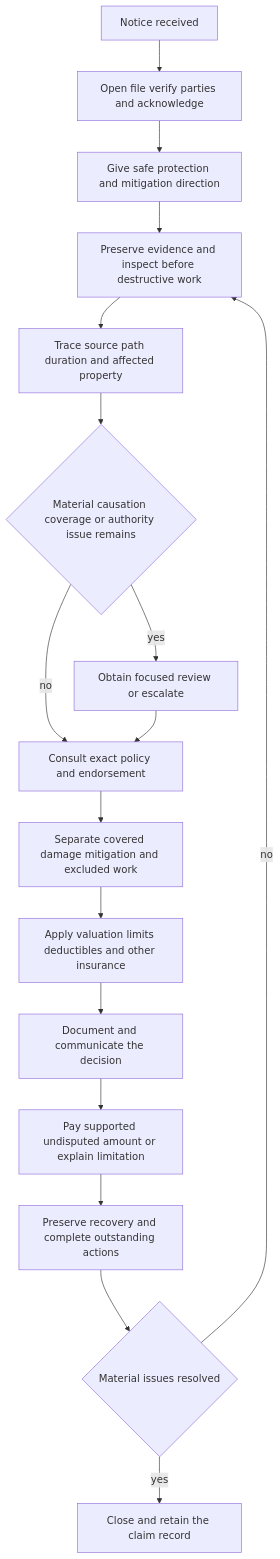
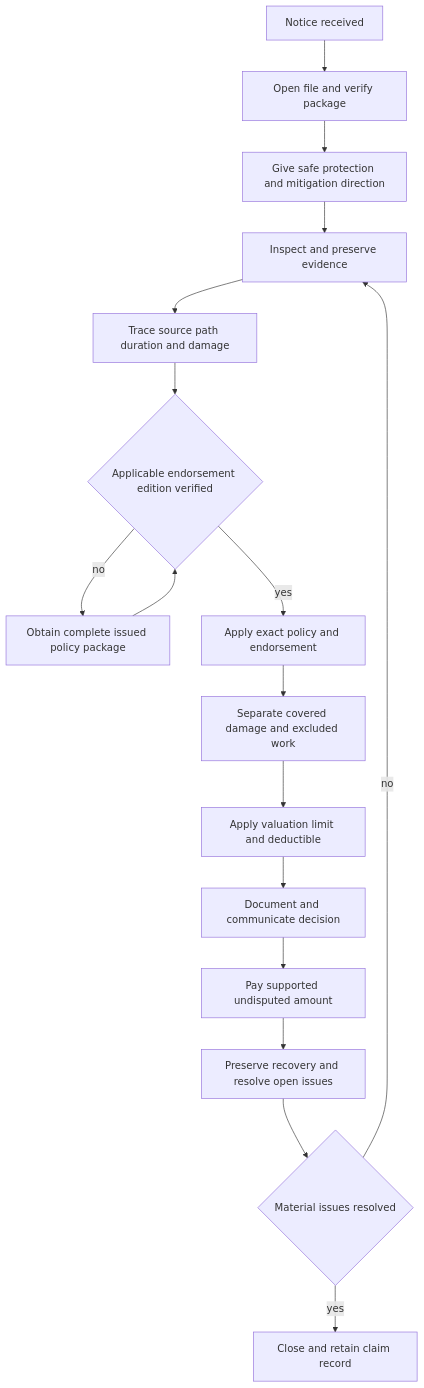
One commit to eugeneliu-86/openwiki-insurance-corpus changed the diagram in openwiki/claims/guidelines/water-loss-handling.md. Above: the diagram before and after it, drawn with Mermaid. The commit also changed other lines of this file and 21 other files, not shown here.

First line of the commit message:
docs: refresh OpenWiki (complete)

````diff
--- a/openwiki/claims/guidelines/water-loss-handling.md
+++ b/openwiki/claims/guidelines/water-loss-handling.md
@@ -50,19 +52,19 @@
 ```mermaid
 flowchart TD
-    notice["Notice received"] --> intake["Open file verify parties and acknowledge"]
+    notice["Notice received"] --> intake["Open file and verify package"]
     intake --> protect["Give safe protection and mitigation direction"]
-    protect --> preserve["Preserve evidence and inspect before destructive work"]
-    preserve --> trace["Trace source path duration and affected property"]
-    trace --> issue{"Material causation coverage or authority issue remains"}
-    issue -->|"yes"| refer["Obtain focused review or escalate"]
-    issue -->|"no"| consult["Consult exact policy and endorsement"]
-    refer --> consult
-    consult --> scope["Separate covered damage mitigation and excluded work"]
-    scope --> value["Apply valuation limits deductibles and other insurance"]
-    value --> decision["Document and communicate the decision"]
-    decision --> pay["Pay supported undisputed amount or explain limitation"]
-    pay --> recover["Preserve recovery and complete outstanding actions"]
+    protect --> preserve["Inspect and preserve evidence"]
+    preserve --> trace["Trace source path duration and damage"]
+    trace --> edition{"Applicable endorsement edition verified"}
+    edition -->|"no"| obtain["Obtain complete issued policy package"]
+    obtain --> edition
+    edition -->|"yes"| consult["Apply exact policy and endorsement"]
+    consult --> scope["Separate covered damage and excluded work"]
+    scope --> value["Apply valuation limit and deductible"]
+    value --> decision["Document and communicate decision"]
+    decision --> pay["Pay supported undisputed amount"]
+    pay --> recover["Preserve recovery and resolve open issues"]
     recover --> close{"Material issues resolved"}
     close -->|"no"| preserve
-    close -->|"yes"| done["Close and retain the claim record"]
+    close -->|"yes"| done["Close and retain claim record"]
 ```
````
